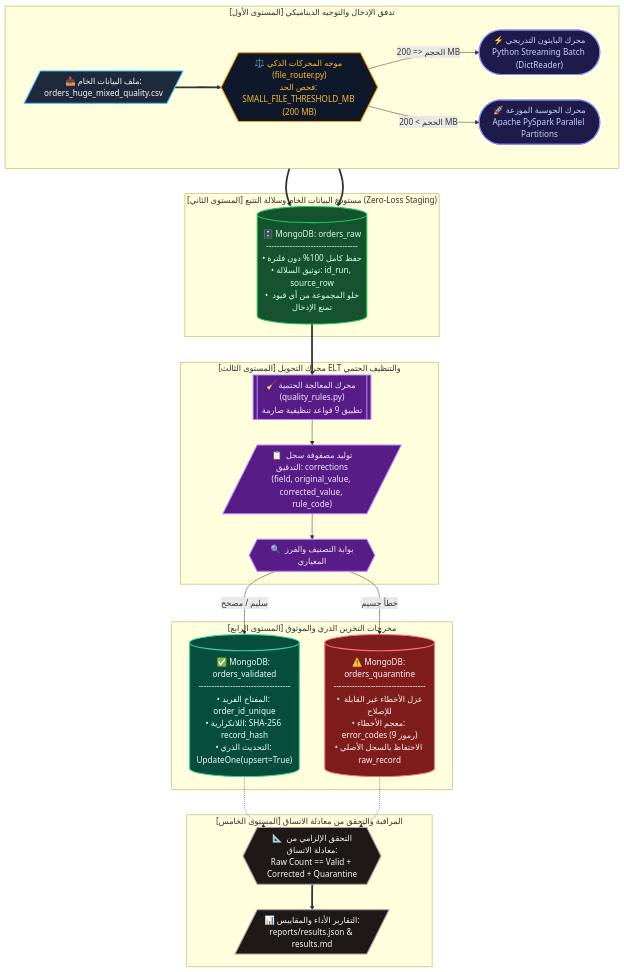
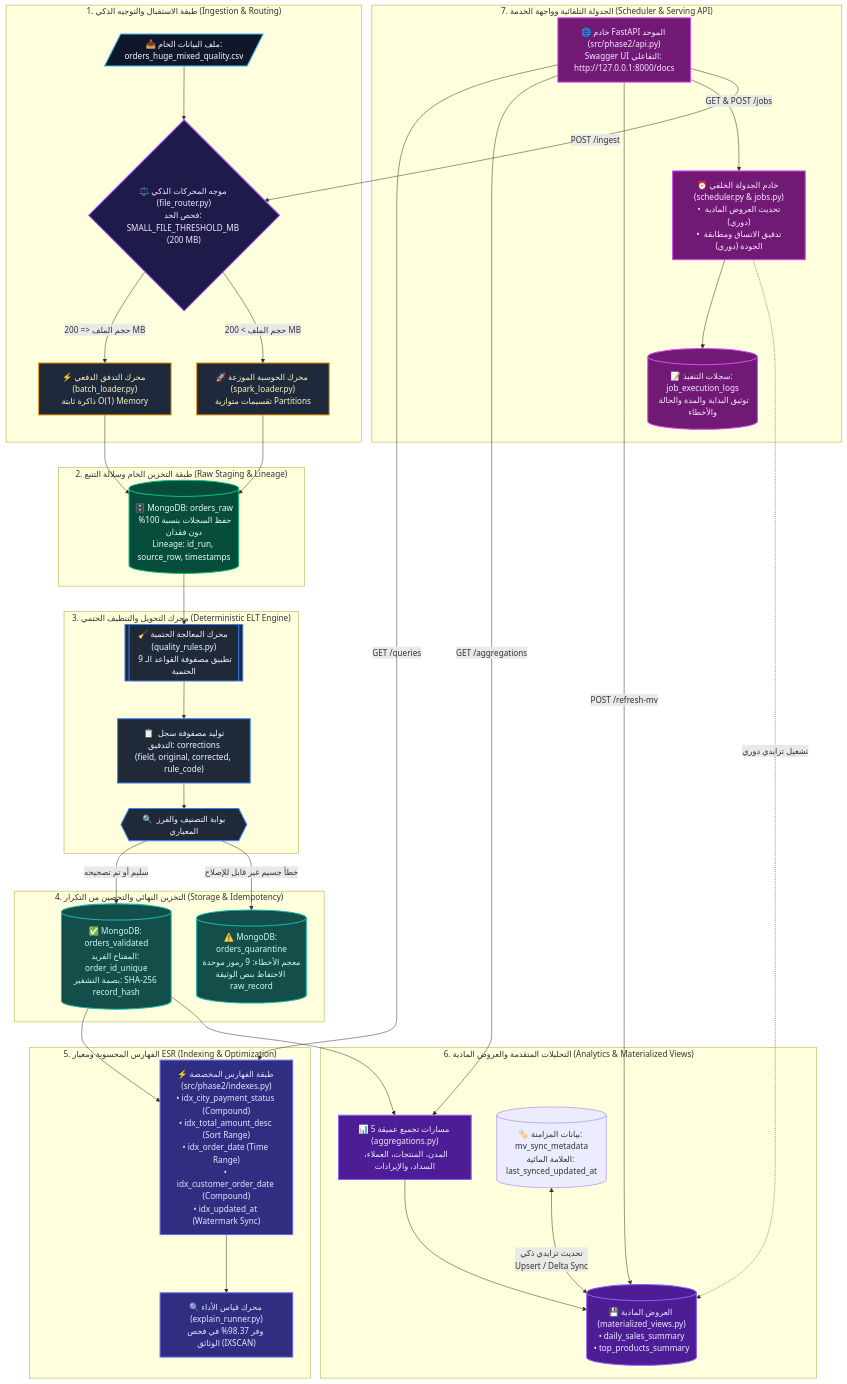
The first of 4 diagrams in README.md (maaajedlx-lang/midterm-data-pipeline), drawn with Mermaid before and after one commit. The commit also changed other lines of this file and 2 other files, not shown here.

Commit message:
docs: finalize comprehensive and unique README for phase 1 and phase 2

````diff
--- a/README.md
+++ b/README.md
@@ -84,61 +71,68 @@
 ```mermaid
-graph TB
-    %% تعريف أنماط التصميم والألوان المخصصة
-    classDef fileStyle fill:#1e293b,stroke:#38bdf8,stroke-width:2px,color:#f8fafc;
-    classDef routerStyle fill:#0f172a,stroke:#f59e0b,stroke-width:2px,color:#fbbf24;
-    classDef engineStyle fill:#1e1b4b,stroke:#818cf8,stroke-width:2px,color:#c7d2fe;
-    classDef rawStyle fill:#14532d,stroke:#22c55e,stroke-width:2px,color:#dcfce7;
-    classDef eltStyle fill:#581c87,stroke:#c084fc,stroke-width:2px,color:#f3e8ff;
-    classDef targetValid fill:#064e3b,stroke:#34d399,stroke-width:2px,color:#ecfdf5;
-    classDef targetQuar fill:#7f1d1d,stroke:#f87171,stroke-width:2px,color:#fef2f2;
-    classDef metricStyle fill:#1c1917,stroke:#a8a29e,stroke-width:2px,color:#f5f5f4;
+flowchart TD
+    %% أنماط التصميم المتناسقة
+    classDef inputTier fill:#0f172a,stroke:#38bdf8,stroke-width:2px,color:#f8fafc;
+    classDef routerTier fill:#1e1b4b,stroke:#a855f7,stroke-width:2px,color:#f3e8ff;
+    classDef engineTier fill:#1e293b,stroke:#f59e0b,stroke-width:2px,color:#fef3c7;
+    classDef rawTier fill:#064e3b,stroke:#10b981,stroke-width:2px,color:#ecfdf5;
+    classDef eltTier fill:#1f2937,stroke:#3b82f6,stroke-width:2px,color:#eff6ff;
+    classDef storeTier fill:#134e4a,stroke:#14b8a6,stroke-width:2px,color:#ccfbf1;
+    classDef indexTier fill:#312e81,stroke:#6366f1,stroke-width:2px,color:#e0e7ff;
+    classDef viewTier fill:#4c1d95,stroke:#8b5cf6,stroke-width:2px,color:#ede9fe;
+    classDef serveTier fill:#701a75,stroke:#d946ef,stroke-width:2px,color:#fae8ff;
 
-    %% المستوى الأول: إدخال البيانات وتوجيهها
-    subgraph Tier1 [" [المستوى الأول] تدفق الإدخال والتوجيه الديناميكي "]
-        direction LR
-        CSV_SRC[/"📥 ملف البيانات الخام:<br/>orders_huge_mixed_quality.csv"/]:::fileStyle
-        ROUTER_GATE{{"⚖️ موجه المحركات الذكي (file_router.py)<br/>فحص الحد: SMALL_FILE_THRESHOLD_MB (200 MB)"}}:::routerStyle
-        
-        CSV_SRC ==> ROUTER_GATE
-        ROUTER_GATE -- "الحجم <= 200 MB" --> ENG_PY(["⚡ محرك البايثون التدريجي<br/>Python Streaming Batch (DictReader)"]):::engineStyle
-        ROUTER_GATE -- "الحجم > 200 MB" --> ENG_SPARK(["🚀 محرك الحوسبة الموزعة<br/>Apache PySpark Parallel Partitions"]):::engineStyle
+    %% الطبقة الأولى: الإدخال والتوجيه
+    subgraph S1 [" 1. طبقة الاستقبال والتوجيه الذكي (Ingestion & Routing) "]
+        FILE_SRC[/"📥 ملف البيانات الخام:<br/>orders_huge_mixed_quality.csv"/]:::inputTier
+        ROUTER{"⚖️ موجه المحركات الذكي (file_router.py)<br/>فحص الحد: SMALL_FILE_THRESHOLD_MB (200 MB)"}:::routerTier
+        FILE_SRC --> ROUTER
+        ROUTER -- "حجم الملف <= 200 MB" --> ENG_STREAM["⚡ محرك التدفق الدفعي (batch_loader.py)<br/>ذاكرة ثابتة O(1) Memory"]:::engineTier
+        ROUTER -- "حجم الملف > 200 MB" --> ENG_SPARK["🚀 محرك الحوسبة الموزعة (spark_loader.py)<br/>تقسيمات متوازية Partitions"]:::engineTier
     end
 
-    %% المستوى الثاني: طبقة التخزين الخام
-    subgraph Tier2 [" [المستوى الثاني] مستودع البيانات الخام وسلالة التتبع (Zero-Loss Staging) "]
-        RAW_DB[("🗄️ MongoDB: orders_raw<br/>-----------------------------------<br/>• حفظ كامل 100% دون فلترة<br/>• توثيق السلالة: id_run, source_row<br/>• خلو المجموعة من أي قيود تمنع الإدخال")]:::rawStyle
-        
-        ENG_PY ==> RAW_DB
-        ENG_SPARK ==> RAW_DB
+    %% الطبقة الثانية: التخزين الخام وسلالة البيانات
+    subgraph S2 [" 2. طبقة التخزين الخام وسلالة التتبع (Raw Staging & Lineage) "]
+        ENG_STREAM --> RAW_DB[("🗄️ MongoDB: orders_raw<br/>حفظ السجلات بنسبة 100% دون فقدان<br/>Lineage: id_run, source_row, timestamps")]:::rawTier
+        ENG_SPARK --> RAW_DB
     end
 
-    %% المستوى الثالث: محرك التحويل والتنظيف الحتمي
-    subgraph Tier3 [" [المستوى الثالث] محرك التحويل ELT والتنظيف الحتمي "]
-        TRANSFORM_CORE[["🧹 محرك المعالجة الحتمية (quality_rules.py)<br/>تطبيق 9 قواعد تنظيفية صارمة"]]:::eltStyle
-        AUDIT_STREAM[/"📋 توليد مصفوفة سجل التدقيق: corrections<br/>(field, original_value, corrected_value, rule_code)"/]:::eltStyle
-        CLASSIFIER{{"🔍 بوابة التصنيف والفرز المعياري"}}:::eltStyle
-
-        RAW_DB ==> TRANSFORM_CORE
-        TRANSFORM_CORE --> AUDIT_STREAM
-        AUDIT_STREAM --> CLASSIFIER
+    %% الطبقة الثالثة: التحويل الحتمي وقواعد الجودة
+    subgraph S3 [" 3. محرك التحويل والتنظيف الحتمي (Deterministic ELT Engine) "]
+        RAW_DB --> ELT_CORE[["🧹 محرك المعالجة الحتمية (quality_rules.py)<br/>تطبيق مصفوفة القواعد الـ 9 الحتمية"]]:::eltTier
+        ELT_CORE --> AUDIT["📋 توليد مصفوفة سجل التدقيق: corrections<br/>(field, original, corrected, rule_code)"]:::eltTier
+        AUDIT --> CLASSIFY{{"🔍 بوابة التصنيف والفرز المعياري"}}:::eltTier
     end
 
-    %% المستوى الرابع: مستودعات الوجهة النهائية
-    subgraph Tier4 [" [المستوى الرابع] مخرجات التخزين الذري والموثوق "]
-        VALID_STORE[("✅ MongoDB: orders_validated<br/>-----------------------------------<br/>• المفتاح الفريد: order_id_unique<br/>• اللاتكرارية: SHA-256 record_hash<br/>• التحديث الذري: UpdateOne(upsert=True)")]:::targetValid
-        QUAR_STORE[("⚠️ MongoDB: orders_quarantine<br/>-----------------------------------<br/>• عزل الأخطاء غير القابلة للإصلاح<br/>• معجم الأخطاء: error_codes (9 رموز)<br/>• الاحتفاظ بالسجل الأصلي raw_record")]:::targetQuar
-
-        CLASSIFIER -- "سليم / مصحح" --> VALID_STORE
-        CLASSIFIER -- "خطأ جسيم" --> QUAR_STORE
+    %% الطبقة الرابعة: التخزين النهائي والتحصين
+    subgraph S4 [" 4. التخزين النهائي والتحصين من التكرار (Storage & Idempotency) "]
+        CLASSIFY -- "سليم أو تم تصحيحه" --> VAL_DB[("✅ MongoDB: orders_validated<br/>المفتاح الفريد: order_id_unique<br/>بصمة التشفير: SHA-256 record_hash")]:::storeTier
+        CLASSIFY -- "خطأ جسيم غير قابل للإصلاح" --> QUAR_DB[("⚠️ MongoDB: orders_quarantine<br/>معجم الأخطاء: 9 رموز موحدة<br/>الاحتفاظ بنص الوثيقة raw_record")]:::storeTier
     end
 
-    %% المستوى الخامس: فحص الاتساق والتقارير
-    subgraph Tier5 [" [المستوى الخامس] المراقبة والتحقق من معادلة الاتساق "]
-        EQUATION_CHECK{{"📐 التحقق الإلزامي من معادلة الاتساق:<br/>Raw Count == Valid + Corrected + Quarantine"}}:::metricStyle
-        REPORTS_OUT[/"📊 التقارير الأداء والمقاييس:<br/>reports/results.json & results.md"/]:::metricStyle
+    %% الطبقة الخامسة: الفهارس المركبة والتحسين
+    subgraph S5 [" 5. الفهارس المحسوبة ومعيار ESR (Indexing & Optimization) "]
+        VAL_DB --> IDX_CORE["⚡ طبقة الفهارس المخصصة (src/phase2/indexes.py)<br/>• idx_city_payment_status (Compound)<br/>• idx_total_amount_desc (Sort Range)<br/>• idx_order_date (Time Range)<br/>• idx_customer_order_date (Compound)<br/>• idx_updated_at (Watermark Sync)"]:::indexTier
+        IDX_CORE --> EXPLAIN_TOOL["🔍 محرك قياس الأداء (explain_runner.py)<br/>وفر 98.37% في فحص الوثائق (IXSCAN)"]:::indexTier
+    end
 
-        VALID_STORE -.-> EQUATION_CHECK
-        QUAR_STORE -.-> EQUATION_CHECK
-        EQUATION_CHECK ==> REPORTS_OUT
+    %% الطبقة السادسة: التحليلات والعروض المادية
+    subgraph S6 [" 6. التحليلات المتقدمة والعروض المادية (Analytics & Materialized Views) "]
+        VAL_DB --> AGG_ENGINE["📊 5 مسارات تجميع عميقة (aggregations.py)<br/>المدن، المنتجات، العملاء، السداد، والإيرادات"]:::viewTier
+        AGG_ENGINE --> MV_STORE[("💾 العروض المادية (materialized_views.py)<br/>• daily_sales_summary<br/>• top_products_summary")]:::viewTier
+        MV_META[("🏷️ بيانات المزامنة: mv_sync_metadata<br/>العلامة المائية: last_synced_updated_at")] <-->|"تحديث تزايدي ذكي<br/>Upsert / Delta Sync"| MV_STORE
+    end
+
+    %% الطبقة السابعة: الجدولة وخدمة واجهة الـ API
+    subgraph S7 [" 7. الجدولة التلقائية وواجهة الخدمة (Scheduler & Serving API) "]
+        SCHEDULER["⏰ خادم الجدولة الخلفي (scheduler.py & jobs.py)<br/>• تحديث العروض المادية (دوري)<br/>• تدقيق الاتساق ومطابقة الجودة (دوري)"]:::serveTier
+        SCHEDULER --> JLOG[("📝 سجلات التنفيذ: job_execution_logs<br/>توثيق البداية والمدة والحالة والأخطاء")]:::serveTier
+        SCHEDULER -.->|"تشغيل تزايدي دوري"| MV_STORE
+
+        FAST_API["🌐 خادم FastAPI الموحد (src/phase2/api.py)<br/>Swagger UI التفاعلي: http://127.0.0.1:8000/docs"]:::serveTier
+        FAST_API -->|"GET /queries"| IDX_CORE
+        FAST_API -->|"GET /aggregations"| AGG_ENGINE
+        FAST_API -->|"POST /refresh-mv"| MV_STORE
+        FAST_API -->|"GET & POST /jobs"| SCHEDULER
+        FAST_API -->|"POST /ingest"| ROUTER
     end
 ```
````
